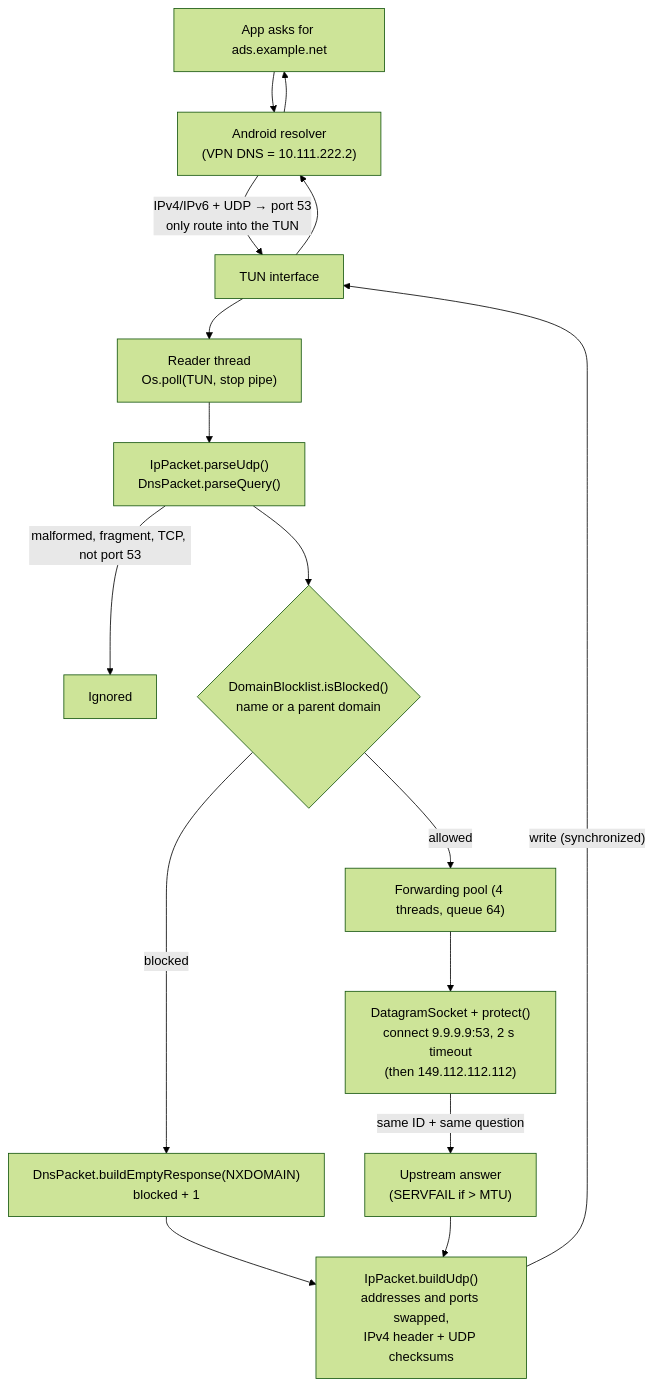
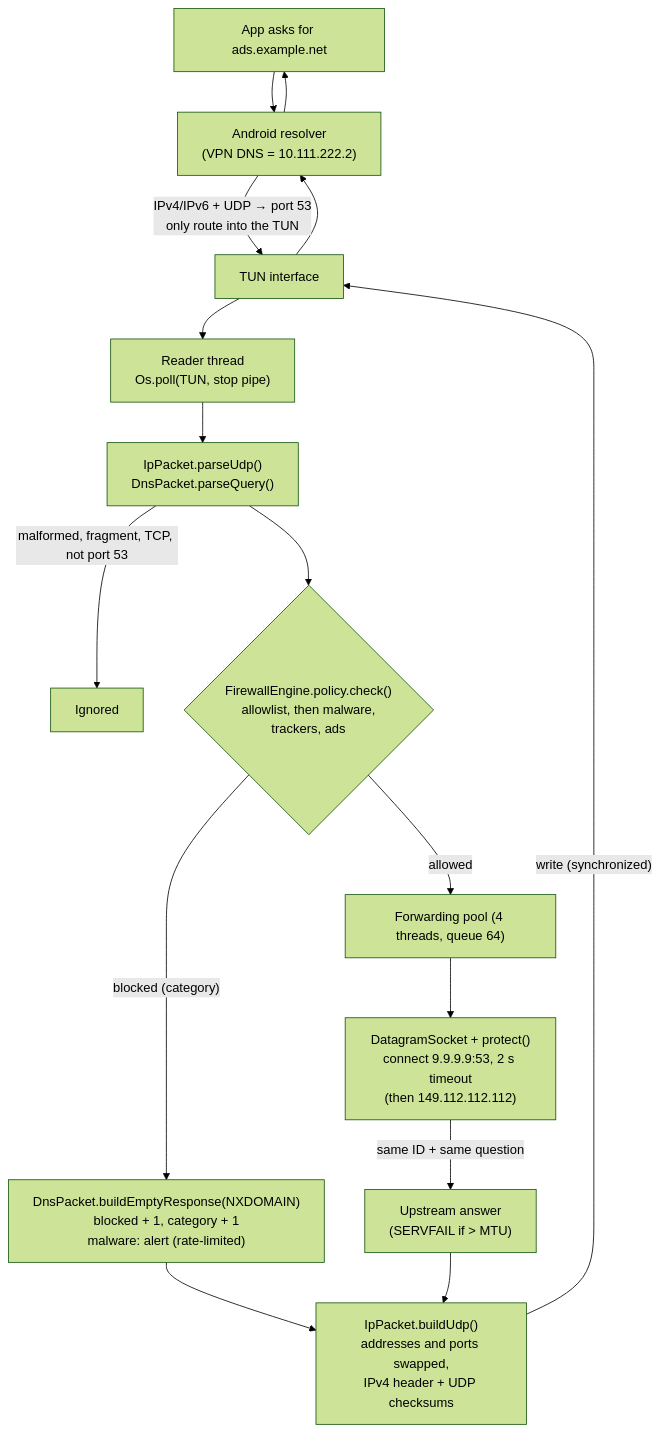
One commit to Ihebnsir/sentinel changed the fourth of 7 diagrams in docs/ARCHITECTURE.md. Above: the diagram before and after it, drawn with Mermaid (forest theme). The commit also changed other lines of this file and 40 other files, not shown here.

Commit message:
Pare-feu DNS : 582k domaines (malware, traqueurs, pub), licences vérifiées, structure compacte, mises à jour sécurisées, 50 tests JUnit

````diff
--- a/docs/ARCHITECTURE.md
+++ b/docs/ARCHITECTURE.md
@@ -121,17 +121,17 @@
 ```mermaid
 flowchart TD
   app["App asks for ads.example.net"] --> resolver["Android resolver<br/>(VPN DNS = 10.111.222.2)"]
   resolver -->|"IPv4/IPv6 + UDP → port 53<br/>only route into the TUN"| tun["TUN interface"]
   tun --> loop["Reader thread<br/>Os.poll(TUN, stop pipe)"]
   loop --> parse["IpPacket.parseUdp()<br/>DnsPacket.parseQuery()"]
   parse -->|"malformed, fragment, TCP, not port 53"| drop["Ignored"]
-  parse --> check{"DomainBlocklist.isBlocked()<br/>name or a parent domain"}
-  check -->|blocked| nx["DnsPacket.buildEmptyResponse(NXDOMAIN)<br/>blocked + 1"]
+  parse --> check{"FirewallEngine.policy.check()<br/>allowlist, then malware,<br/>trackers, ads"}
+  check -->|"blocked (category)"| nx["DnsPacket.buildEmptyResponse(NXDOMAIN)<br/>blocked + 1, category + 1<br/>malware: alert (rate-limited)"]
   check -->|allowed| pool["Forwarding pool (4 threads, queue 64)"]
   pool --> sock["DatagramSocket + protect()<br/>connect 9.9.9.9:53, 2 s timeout<br/>(then 149.112.112.112)"]
   sock -->|"same ID + same question"| answer["Upstream answer<br/>(SERVFAIL if &gt; MTU)"]
   nx --> build["IpPacket.buildUdp()<br/>addresses and ports swapped,<br/>IPv4 header + UDP checksums"]
   answer --> build
   build -->|"write (synchronized)"| tun
   tun --> resolver --> app
 ```
````
